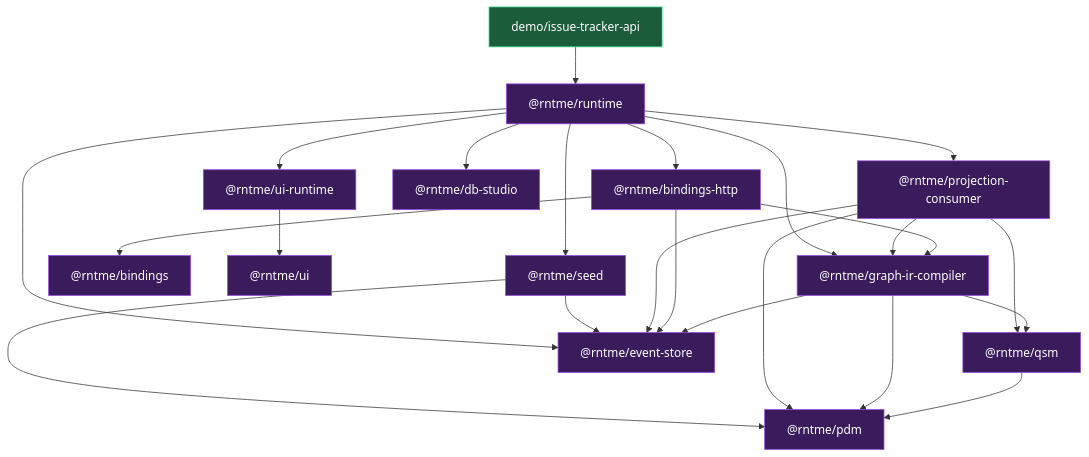
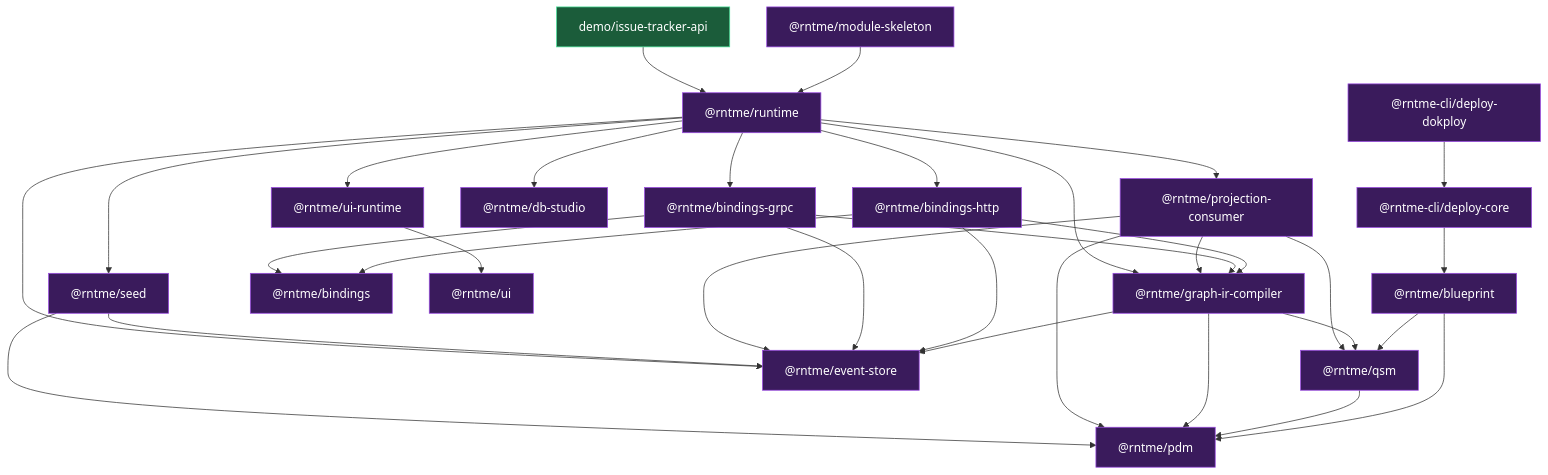
Before and after one commit to vladprrs/rntme: the fourth of 18 diagrams in docs/architecture.md, drawn with Mermaid. The commit also changed other lines of this file and 11 other files, not shown here.

````diff
--- a/docs/architecture.md
+++ b/docs/architecture.md
@@ -149,28 +161,38 @@
 ```mermaid
 flowchart TB
     classDef pkg fill:#3a1b5c,stroke:#9a4ae2,color:#fff;
     classDef demo fill:#1b5c3a,stroke:#4ae29a,color:#fff;
 
+    BP["@rntme/blueprint"]:::pkg
     PDM["@rntme/pdm"]:::pkg
     QSM["@rntme/qsm"]:::pkg
     ES["@rntme/event-store"]:::pkg
     GIR["@rntme/graph-ir-compiler"]:::pkg
     B["@rntme/bindings"]:::pkg
     BH["@rntme/bindings-http"]:::pkg
+    BG["@rntme/bindings-grpc"]:::pkg
     UI["@rntme/ui"]:::pkg
     UIR["@rntme/ui-runtime"]:::pkg
     DS["@rntme/db-studio"]:::pkg
     PC["@rntme/projection-consumer"]:::pkg
     SD["@rntme/seed"]:::pkg
     RT["@rntme/runtime"]:::pkg
+    MS["@rntme/module-skeleton"]:::pkg
+    DC["@rntme-cli/deploy-core"]:::pkg
+    DD["@rntme-cli/deploy-dokploy"]:::pkg
     DEMO["demo/issue-tracker-api"]:::demo
 
+    BP --> PDM & QSM
     QSM --> PDM
     GIR --> PDM & QSM & ES
     BH --> B & GIR & ES
+    BG --> B & GIR & ES
     UIR --> UI
     PC --> ES & GIR & PDM & QSM
     SD --> ES & PDM
-    RT --> BH & UIR & DS & PC & SD & GIR & ES
+    RT --> BH & BG & UIR & DS & PC & SD & GIR & ES
+    MS --> RT
+    DC --> BP
+    DD --> DC
     DEMO --> RT
 ```
````
